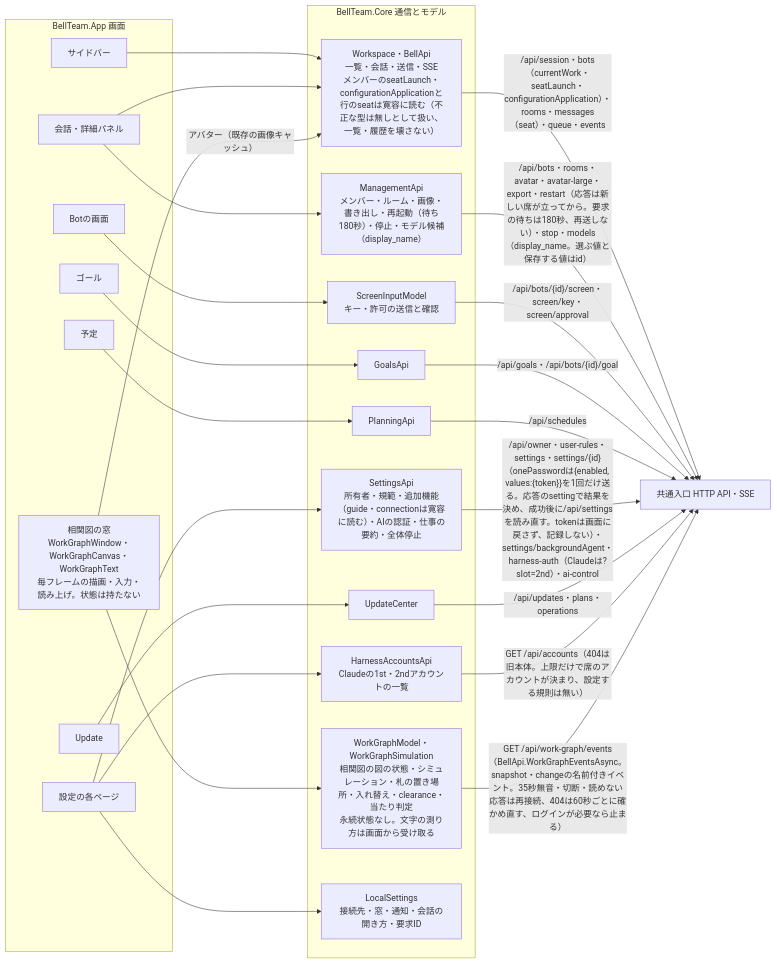
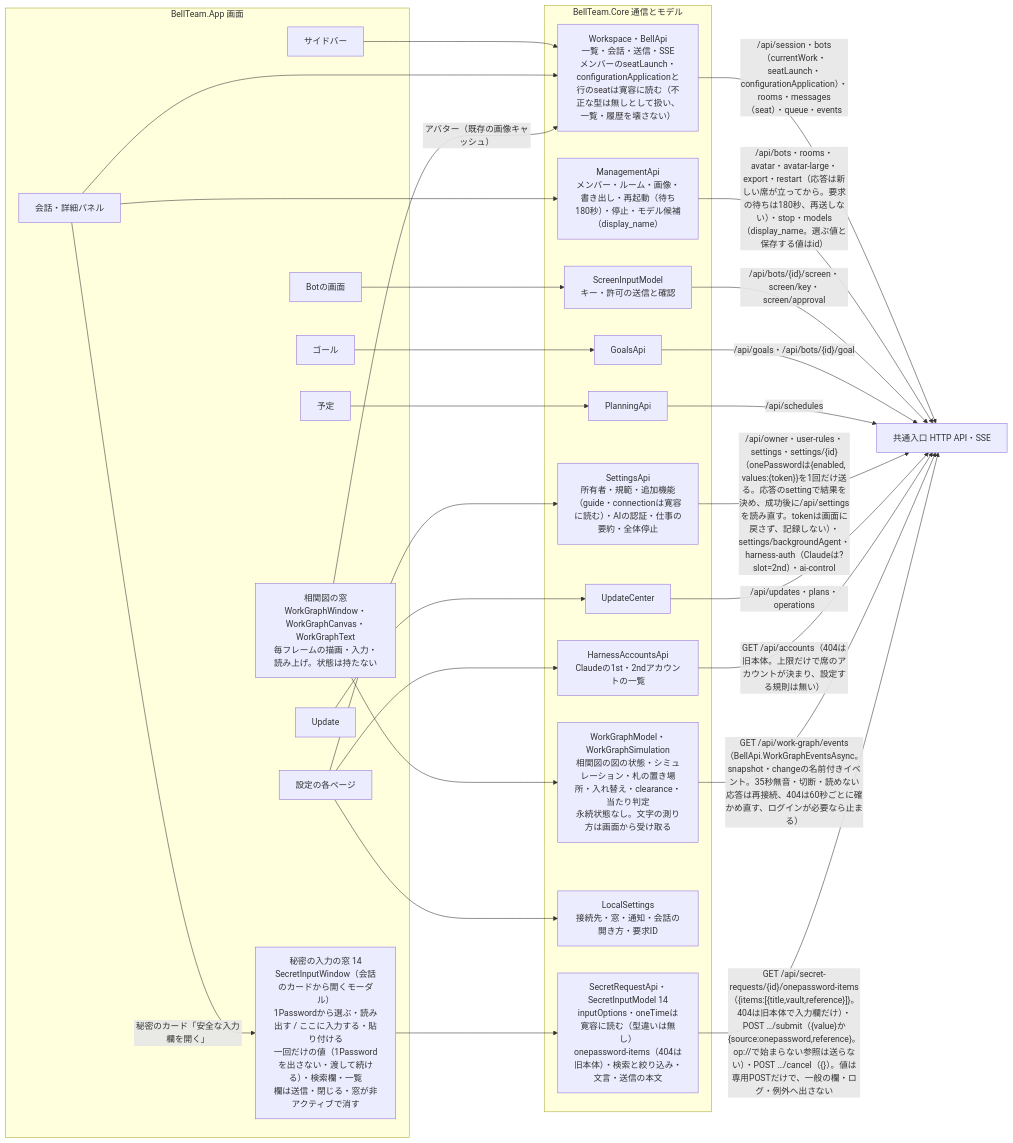
Before and after one commit to kitepon/BellTeam: the fourth of 6 diagrams in docs/windows-architecture.md, drawn with Mermaid. The commit also changed other lines of this file and 20 other files, not shown here.

First line of the commit message:
Windows: secret input card with 1Password choices and the symmetric wording (W-MAC row 14)

````diff
--- a/docs/windows-architecture.md
+++ b/docs/windows-architecture.md
@@ -79,46 +79,51 @@
 ```mermaid
 flowchart LR
   subgraph App[BellTeam.App 画面]
     A1[サイドバー]
     A2[会話・詳細パネル]
     A3[Botの画面]
     A4[ゴール]
     A5[予定]
     A6[設定の各ページ]
     A7[Update]
     A8[相関図の窓<br/>WorkGraphWindow・WorkGraphCanvas・WorkGraphText<br/>毎フレームの描画・入力・読み上げ。状態は持たない]
+    A9[秘密の入力の窓 14<br/>SecretInputWindow（会話のカードから開くモーダル）<br/>1Passwordから選ぶ・読み出す / ここに入力する・貼り付ける<br/>一回だけの値（1Passwordを出さない・渡して続ける）・検索欄・一覧<br/>欄は送信・閉じる・窓が非アクティブで消す]
   end
   subgraph Core[BellTeam.Core 通信とモデル]
     C1[Workspace・BellApi<br/>一覧・会話・送信・SSE<br/>メンバーのseatLaunch・configurationApplicationと行のseatは寛容に読む（不正な型は無しとして扱い、一覧・履歴を壊さない）]
     C2[ManagementApi<br/>メンバー・ルーム・画像・書き出し・再起動（待ち180秒）・停止・モデル候補（display_name）]
     C3[ScreenInputModel<br/>キー・許可の送信と確認]
     C4[GoalsApi]
     C5[PlanningApi]
     C6[SettingsApi<br/>所有者・規範・追加機能（guide・connectionは寛容に読む）・AIの認証・仕事の要約・全体停止]
     C9[HarnessAccountsApi<br/>Claudeの1st・2ndアカウントの一覧]
     C10[WorkGraphModel・WorkGraphSimulation<br/>相関図の図の状態・シミュレーション・札の置き場所・入れ替え・clearance・当たり判定<br/>永続状態なし。文字の測り方は画面から受け取る]
     C7[UpdateCenter]
     C8[LocalSettings<br/>接続先・窓・通知・会話の開き方・要求ID]
+    C11[SecretRequestApi・SecretInputModel 14<br/>inputOptions・oneTimeは寛容に読む（型違いは無し）<br/>onepassword-items（404は旧本体）・検索と絞り込み・文言・送信の本文]
   end
   A1 --> C1
   A2 --> C1
   A2 --> C2
   A3 --> C3
   A4 --> C4
   A5 --> C5
   A6 --> C6
   A6 --> C9
   A6 --> C8
   A7 --> C7
   A8 --> C10
+  A2 -->|"秘密のカード「安全な入力欄を開く」"| A9
+  A9 --> C11
   A8 -->|"アバター（既存の画像キャッシュ）"| C1
   C1 -->|"/api/session・bots（currentWork・seatLaunch・configurationApplication）・rooms・messages（seat）・queue・events"| API[共通入口 HTTP API・SSE]
   C2 -->|"/api/bots・rooms・avatar・avatar-large・export・restart（応答は新しい席が立ってから。要求の待ちは180秒、再送しない）・stop・models（display_name。選ぶ値と保存する値はid）"| API
   C3 -->|"/api/bots/{id}/screen・screen/key・screen/approval"| API
   C4 -->|"/api/goals・/api/bots/{id}/goal"| API
   C5 -->|"/api/schedules"| API
   C6 -->|"/api/owner・user-rules・settings・settings/{id}（onePasswordは{enabled, values:{token}}を1回だけ送る。応答のsettingで結果を決め、成功後に/api/settingsを読み直す。tokenは画面に戻さず、記録しない）・settings/backgroundAgent・harness-auth（Claudeは?slot=2nd）・ai-control"| API
   C7 -->|"/api/updates・plans・operations"| API
   C9 -->|"GET /api/accounts（404は旧本体。上限だけで席のアカウントが決まり、設定する規則は無い）"| API
   C10 -->|"GET /api/work-graph/events（BellApi.WorkGraphEventsAsync。snapshot・changeの名前付きイベント。35秒無音・切断・読めない応答は再接続、404は60秒ごとに確かめ直す、ログインが必要なら止まる）"| API
+  C11 -->|"GET /api/secret-requests/{id}/onepassword-items（{items:[{title,vault,reference}]}。404は旧本体で入力欄だけ）・POST …/submit（{value}か{source:onepassword,reference}。op://で始まらない参照は送らない）・POST …/cancel（{}）。値は専用POSTだけで、一般の欄・ログ・例外へ出さない"| API
 ```
````
